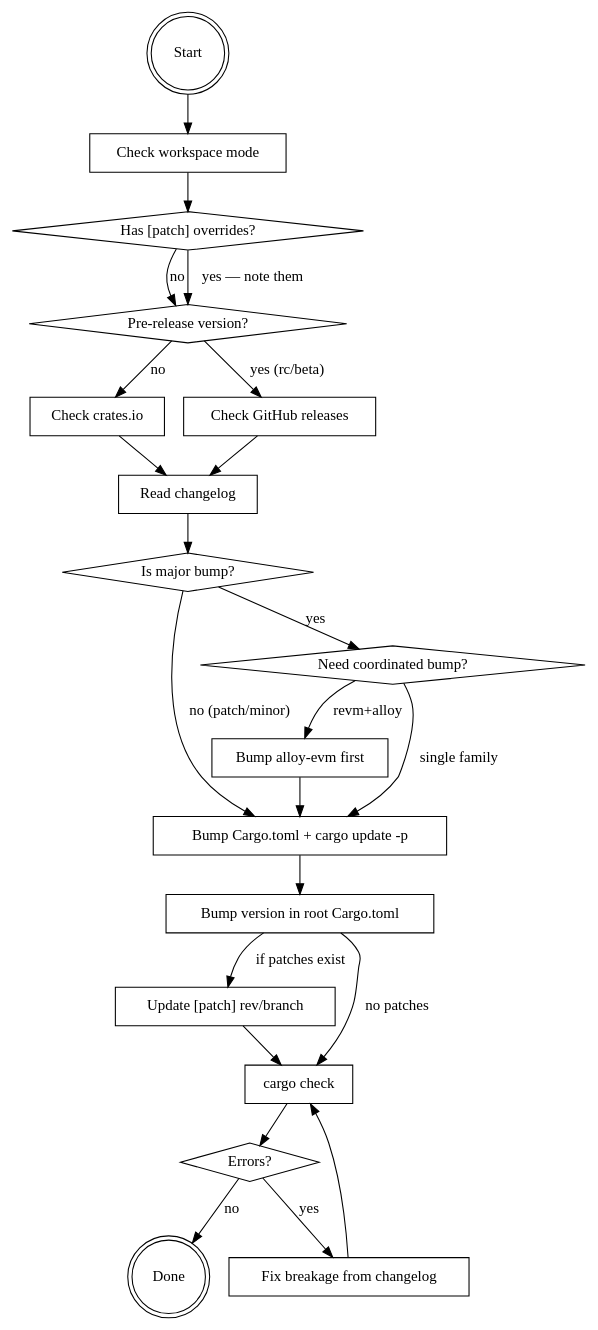
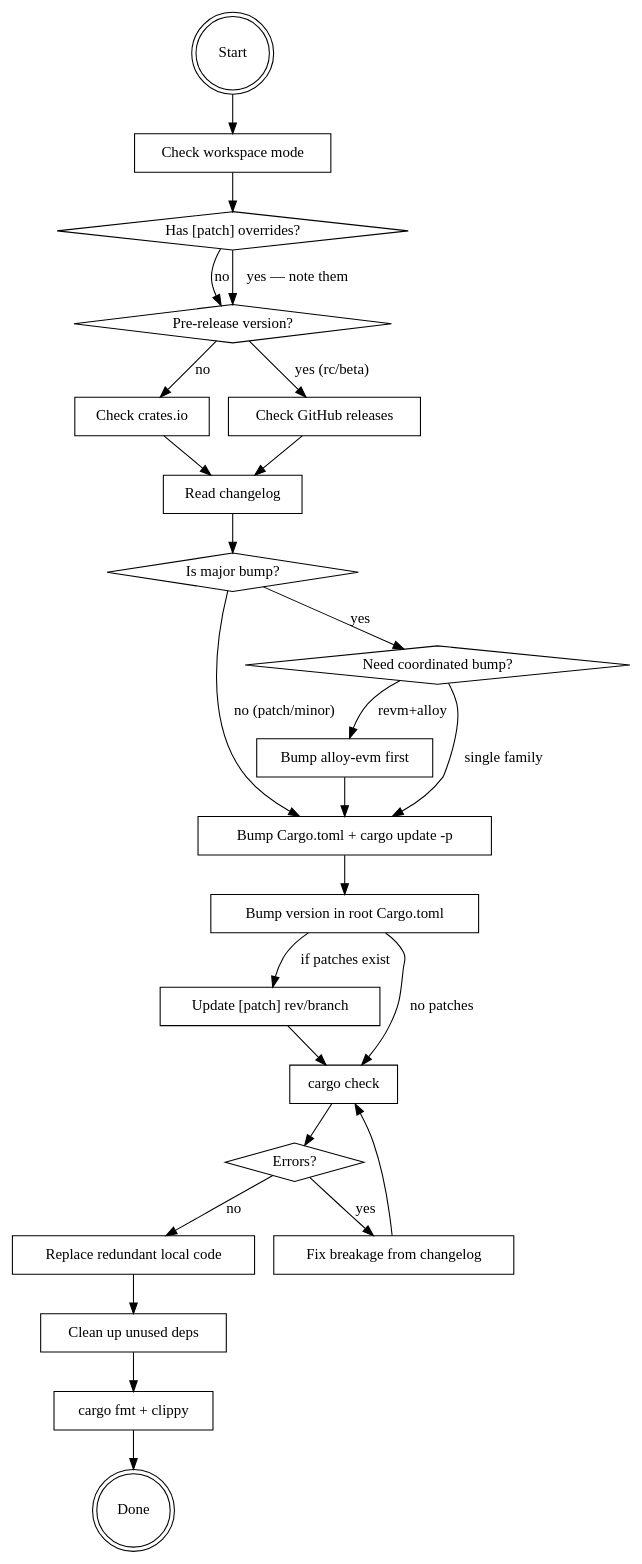
Before and after one commit to joohhnnn/bump-upstream-deps: the diagram in bump-upstream-deps.md, drawn with Graphviz. The commit also changed other lines of this file, not shown here.

Commit message:
fix: add step to replace redundant local code with upstream exports

````diff
--- a/bump-upstream-deps.md
+++ b/bump-upstream-deps.md
@@ -62,44 +62,51 @@
 ```dot
 digraph bump_flow {
   "Start" [shape=doublecircle];
   "Check workspace mode" [shape=box];
   "Has [patch] overrides?" [shape=diamond];
   "Pre-release version?" [shape=diamond];
   "Check crates.io" [shape=box];
   "Check GitHub releases" [shape=box];
   "Read changelog" [shape=box];
   "Is major bump?" [shape=diamond];
   "Bump version in root Cargo.toml" [shape=box];
   "Bump Cargo.toml + cargo update -p" [shape=box];
   "Update [patch] rev/branch" [shape=box];
   "cargo check" [shape=box];
   "Errors?" [shape=diamond];
   "Fix breakage from changelog" [shape=box];
   "Need coordinated bump?" [shape=diamond];
   "Bump alloy-evm first" [shape=box];
   "Done" [shape=doublecircle];
 
   "Start" -> "Check workspace mode";
   "Check workspace mode" -> "Has [patch] overrides?";
   "Has [patch] overrides?" -> "Pre-release version?" [label="no"];
   "Has [patch] overrides?" -> "Pre-release version?" [label="yes — note them"];
   "Pre-release version?" -> "Check GitHub releases" [label="yes (rc/beta)"];
   "Pre-release version?" -> "Check crates.io" [label="no"];
   "Check crates.io" -> "Read changelog";
   "Check GitHub releases" -> "Read changelog";
   "Read changelog" -> "Is major bump?";
   "Is major bump?" -> "Need coordinated bump?" [label="yes"];
   "Is major bump?" -> "Bump Cargo.toml + cargo update -p" [label="no (patch/minor)"];
   "Need coordinated bump?" -> "Bump alloy-evm first" [label="revm+alloy"];
   "Need coordinated bump?" -> "Bump Cargo.toml + cargo update -p" [label="single family"];
   "Bump alloy-evm first" -> "Bump Cargo.toml + cargo update -p";
   "Bump Cargo.toml + cargo update -p" -> "Bump version in root Cargo.toml";
   "Bump version in root Cargo.toml" -> "Update [patch] rev/branch" [label="if patches exist"];
   "Bump version in root Cargo.toml" -> "cargo check" [label="no patches"];
   "Update [patch] rev/branch" -> "cargo check";
+  "Replace redundant local code" [shape=box];
+  "Clean up unused deps" [shape=box];
+  "cargo fmt + clippy" [shape=box];
+
   "cargo check" -> "Errors?" ;
-  "Errors?" -> "Done" [label="no"];
+  "Errors?" -> "Replace redundant local code" [label="no"];
   "Errors?" -> "Fix breakage from changelog" [label="yes"];
   "Fix breakage from changelog" -> "cargo check";
+  "Replace redundant local code" -> "Clean up unused deps";
+  "Clean up unused deps" -> "cargo fmt + clippy";
+  "cargo fmt + clippy" -> "Done";
 }
 ```
````
